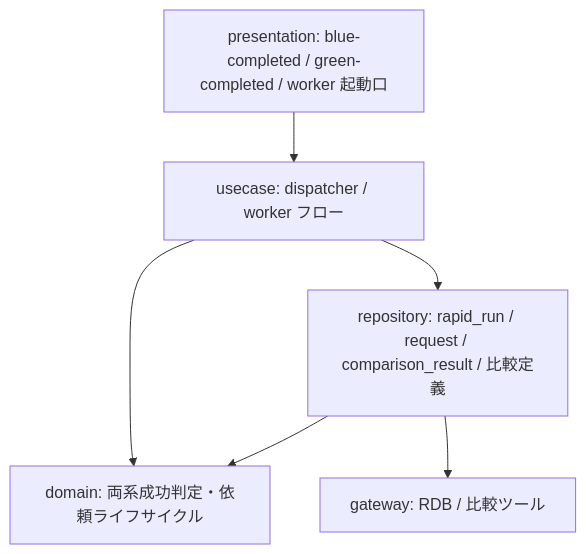
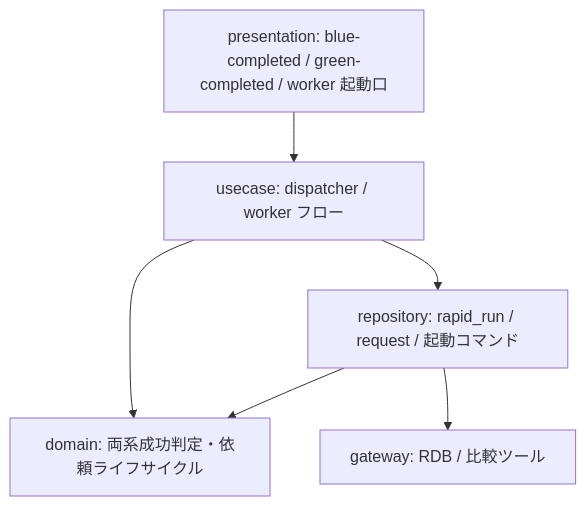
One commit to suwa-sh/relay-gate changed the fifth of 7 diagrams in docs/README.md. Above: the diagram before and after it, drawn with Mermaid. The commit also changed other lines of this file and 3014 other files, not shown here.

````diff
--- a/docs/README.md
+++ b/docs/README.md
@@ -170,8 +176,8 @@
 ```mermaid
 graph TD
 P[presentation: blue-completed / green-completed / worker 起動口] --> U[usecase: dispatcher / worker フロー]
 U --> D[domain: 両系成功判定・依頼ライフサイクル]
-U --> R[repository: rapid_run / request / comparison_result / 比較定義]
+U --> R[repository: rapid_run / request / 起動コマンド]
 R --> D
 R --> G[gateway: RDB / 比較ツール]
 ```
````
